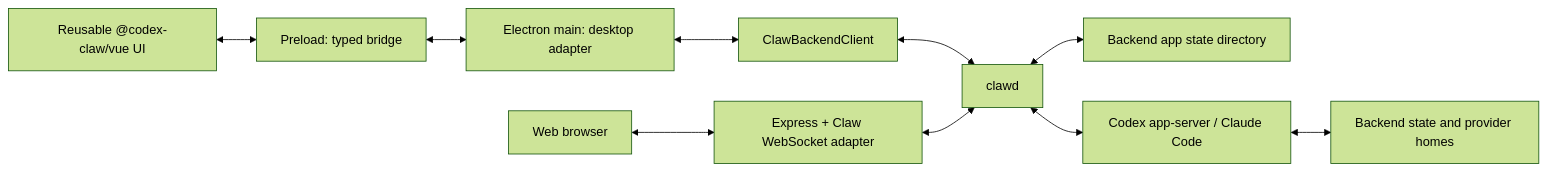
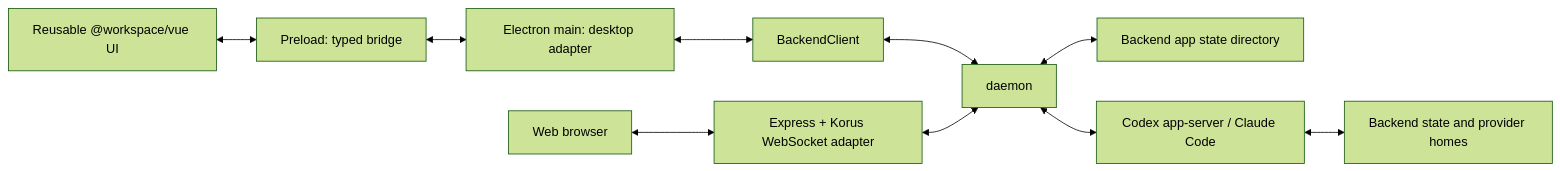
The diagram in docs/architecture.md (nbonamy/codex-claw), drawn with Mermaid (forest theme) before and after one commit. The commit also changed other lines of this file and 792 other files, not shown here.

````diff
--- a/docs/architecture.md
+++ b/docs/architecture.md
@@ -450,23 +450,23 @@
 ```mermaid
 flowchart LR
-  Renderer["Reusable @codex-claw/vue UI"]
+  Renderer["Reusable @workspace/vue UI"]
   Preload["Preload: typed bridge"]
   Main["Electron main: desktop adapter"]
-  Client["ClawBackendClient"]
-  Backend["clawd"]
-  Web["Express + Claw WebSocket adapter"]
+  Client["BackendClient"]
+  Backend["daemon"]
+  Web["Express + Korus WebSocket adapter"]
   Browser["Web browser"]
   Store["Backend app state directory"]
   Server["Codex app-server / Claude Code"]
   CodexHome["Backend state and provider homes"]
 
   Renderer <--> Preload
   Preload <--> Main
   Main <--> Client
   Client <--> Backend
   Browser <--> Web
   Web <--> Backend
   Backend <--> Store
   Backend <--> Server
   Server <--> CodexHome
 ```
````
